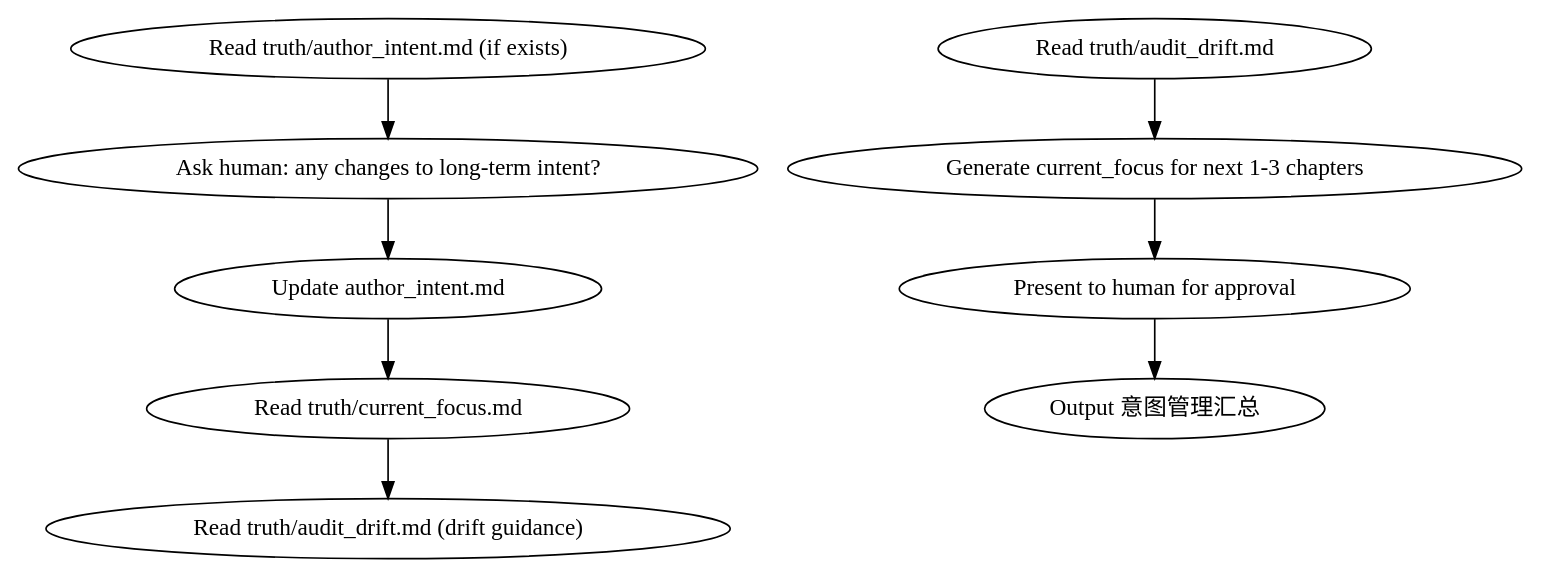
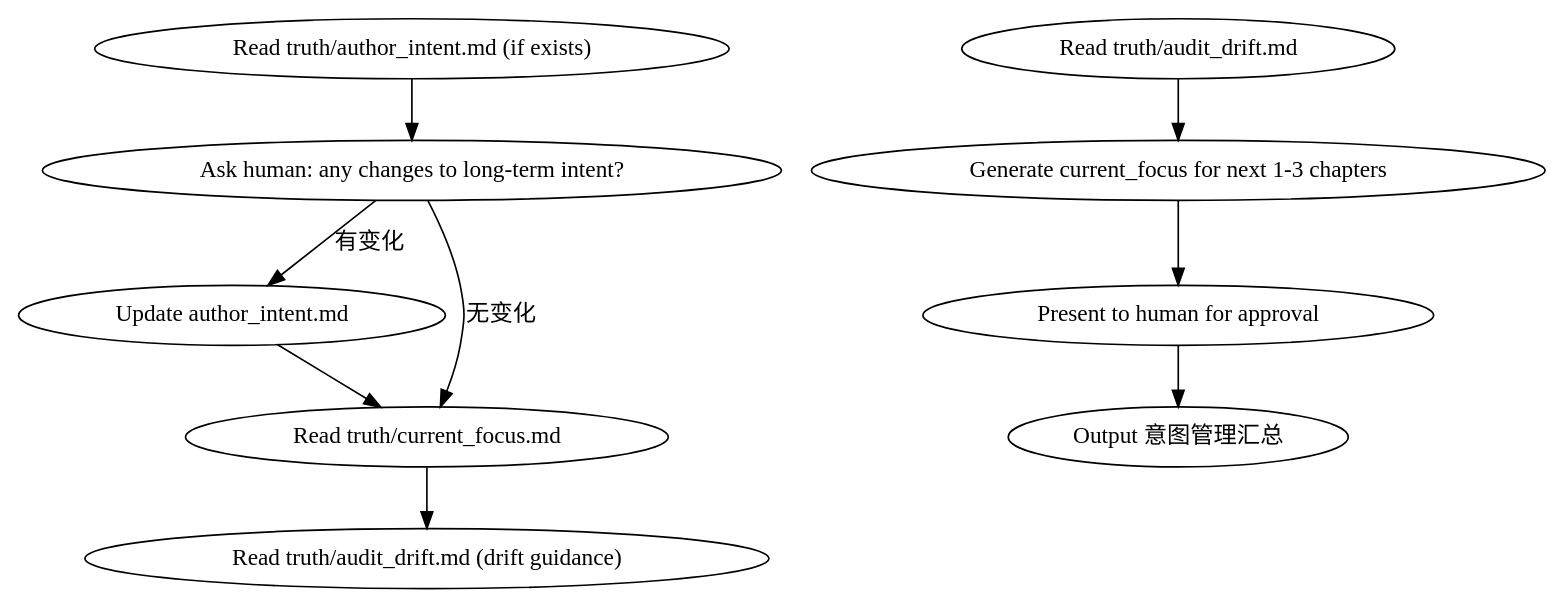
One commit to ThomasChangX/shenbi changed the diagram in skills/shenbi-intent-management/SKILL.md. Above: the diagram before and after it, drawn with Graphviz. The commit also changed 72 other files, not shown here.

````diff
--- a/skills/shenbi-intent-management/SKILL.md
+++ b/skills/shenbi-intent-management/SKILL.md
@@ -39,11 +39,12 @@
 ```dot
 digraph intent_management {
     "Read truth/author_intent.md (if exists)" -> "Ask human: any changes to long-term intent?";
-    "Ask human: any changes to long-term intent?" -> "Update author_intent.md";
+    "Ask human: any changes to long-term intent?" -> "Update author_intent.md" [label="有变化"];
+    "Ask human: any changes to long-term intent?" -> "Read truth/current_focus.md" [label="无变化"];
     "Update author_intent.md" -> "Read truth/current_focus.md";
     "Read truth/current_focus.md" -> "Read truth/audit_drift.md (drift guidance)";
     "Read truth/audit_drift.md" -> "Generate current_focus for next 1-3 chapters";
     "Generate current_focus for next 1-3 chapters" -> "Present to human for approval";
     "Present to human for approval" -> "Output 意图管理汇总";
 }
 ```
````
